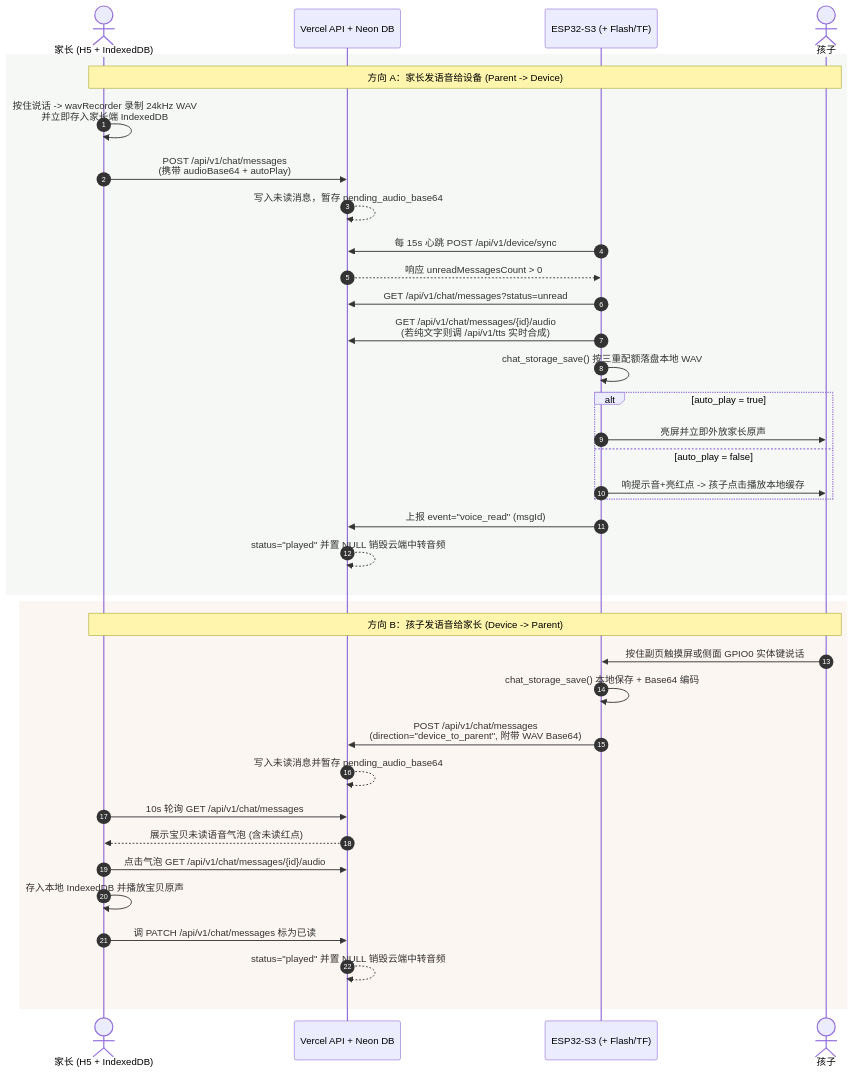
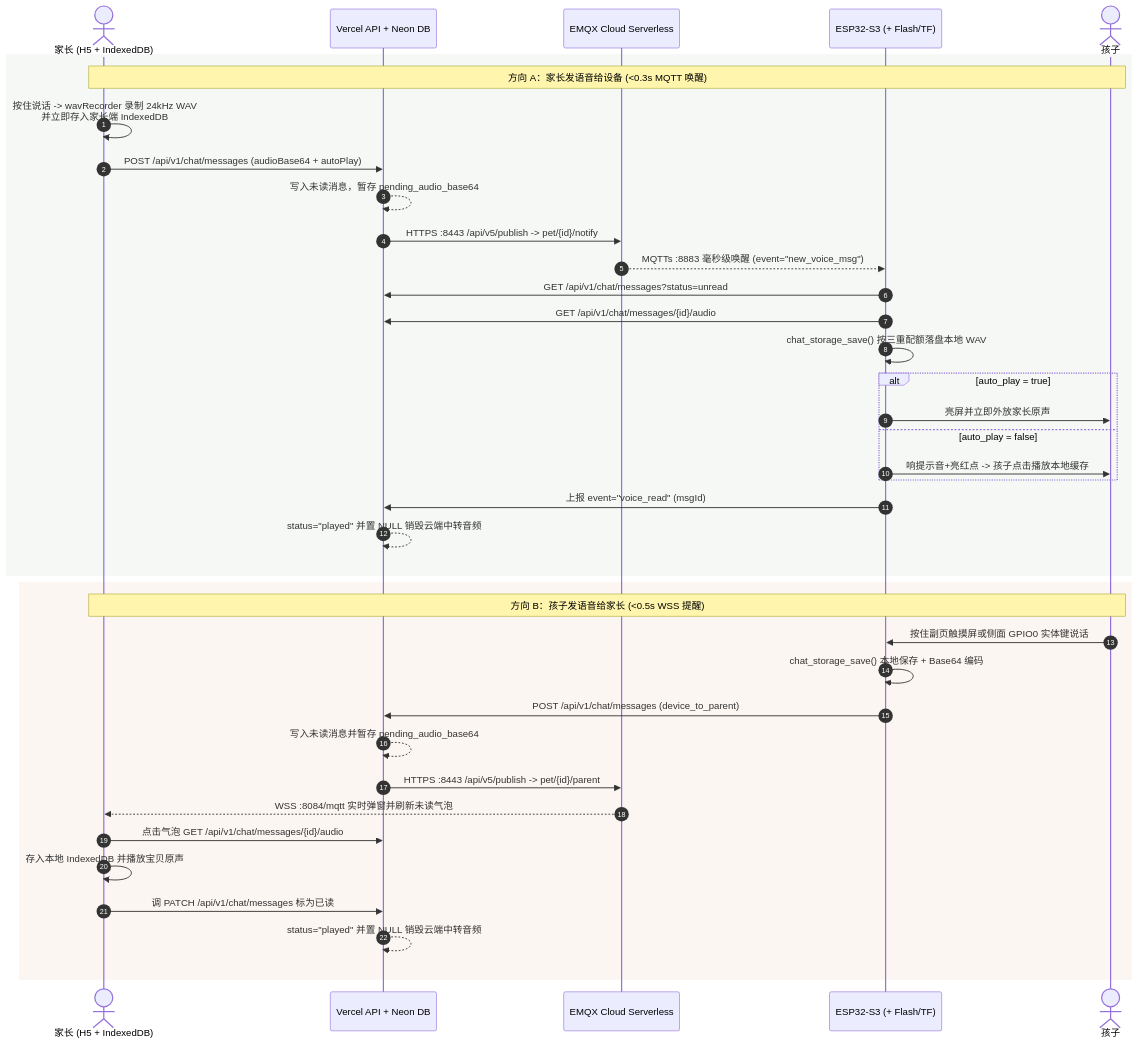
Before and after one commit to cola-sk/xiao-ming-tong-xue: the second of 2 diagrams in README.md, drawn with Mermaid. The commit also changed other lines of this file and 2 other files, not shown here.

Commit message:
feat: integrate EMQX Cloud Serverless MQTT (HTTP Publish + H5 WSS + ESP32 esp-mqtt)

````diff
--- a/README.md
+++ b/README.md
@@ -106,41 +111,42 @@
 ```mermaid
 sequenceDiagram
     autonumber
     actor Parent as 家长 (H5 + IndexedDB)
     participant API as Vercel API + Neon DB
+    participant MQTT as EMQX Cloud Serverless
     participant Device as ESP32-S3 (+ Flash/TF)
     actor Child as 孩子
 
     rect rgb(245, 248, 245)
-        Note over Parent,Child: 方向 A：家长发语音给设备 (Parent -> Device)
+        Note over Parent,Child: 方向 A：家长发语音给设备 (<0.3s MQTT 唤醒)
         Parent->>Parent: 按住说话 -> wavRecorder 录制 24kHz WAV<br/>并立即存入家长端 IndexedDB
-        Parent->>API: POST /api/v1/chat/messages<br/>(携带 audioBase64 + autoPlay)
+        Parent->>API: POST /api/v1/chat/messages (audioBase64 + autoPlay)
         API-->>API: 写入未读消息，暂存 pending_audio_base64
-        Device->>API: 每 15s 心跳 POST /api/v1/device/sync
-        API-->>Device: 响应 unreadMessagesCount > 0
+        API->>MQTT: HTTPS :8443 /api/v5/publish -> pet/{id}/notify
+        MQTT-->>Device: MQTTs :8883 毫秒级唤醒 (event="new_voice_msg")
         Device->>API: GET /api/v1/chat/messages?status=unread
-        Device->>API: GET /api/v1/chat/messages/{id}/audio<br/>(若纯文字则调 /api/v1/tts 实时合成)
+        Device->>API: GET /api/v1/chat/messages/{id}/audio
         Device->>Device: chat_storage_save() 按三重配额落盘本地 WAV
         alt auto_play = true
             Device->>Child: 亮屏并立即外放家长原声
         else auto_play = false
             Device->>Child: 响提示音+亮红点 -> 孩子点击播放本地缓存
         end
         Device->>API: 上报 event="voice_read" (msgId)
         API-->>API: status="played" 并置 NULL 销毁云端中转音频
     end
 
     rect rgb(252, 246, 242)
-        Note over Parent,Child: 方向 B：孩子发语音给家长 (Device -> Parent)
+        Note over Parent,Child: 方向 B：孩子发语音给家长 (<0.5s WSS 提醒)
         Child->>Device: 按住副页触摸屏或侧面 GPIO0 实体键说话
         Device->>Device: chat_storage_save() 本地保存 + Base64 编码
-        Device->>API: POST /api/v1/chat/messages<br/>(direction="device_to_parent", 附带 WAV Base64)
+        Device->>API: POST /api/v1/chat/messages (device_to_parent)
         API-->>API: 写入未读消息并暂存 pending_audio_base64
-        Parent->>API: 10s 轮询 GET /api/v1/chat/messages
-        API-->>Parent: 展示宝贝未读语音气泡 (含未读红点)
+        API->>MQTT: HTTPS :8443 /api/v5/publish -> pet/{id}/parent
+        MQTT-->>Parent: WSS :8084/mqtt 实时弹窗并刷新未读气泡
         Parent->>API: 点击气泡 GET /api/v1/chat/messages/{id}/audio
         Parent->>Parent: 存入本地 IndexedDB 并播放宝贝原声
         Parent->>API: 调 PATCH /api/v1/chat/messages 标为已读
         API-->>API: status="played" 并置 NULL 销毁云端中转音频
     end
 ```
````
